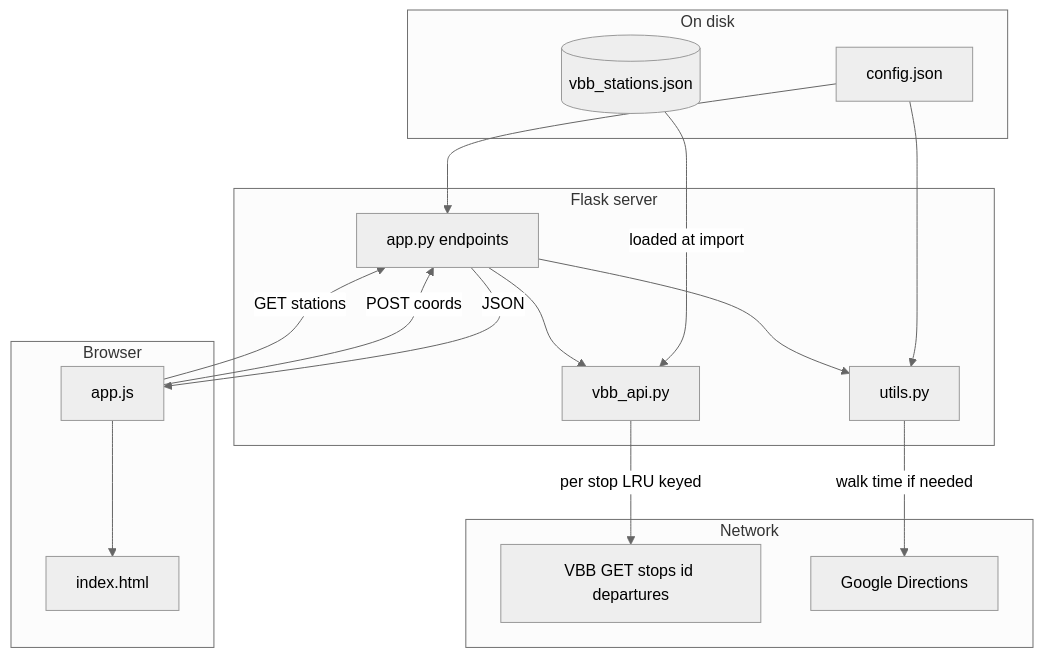
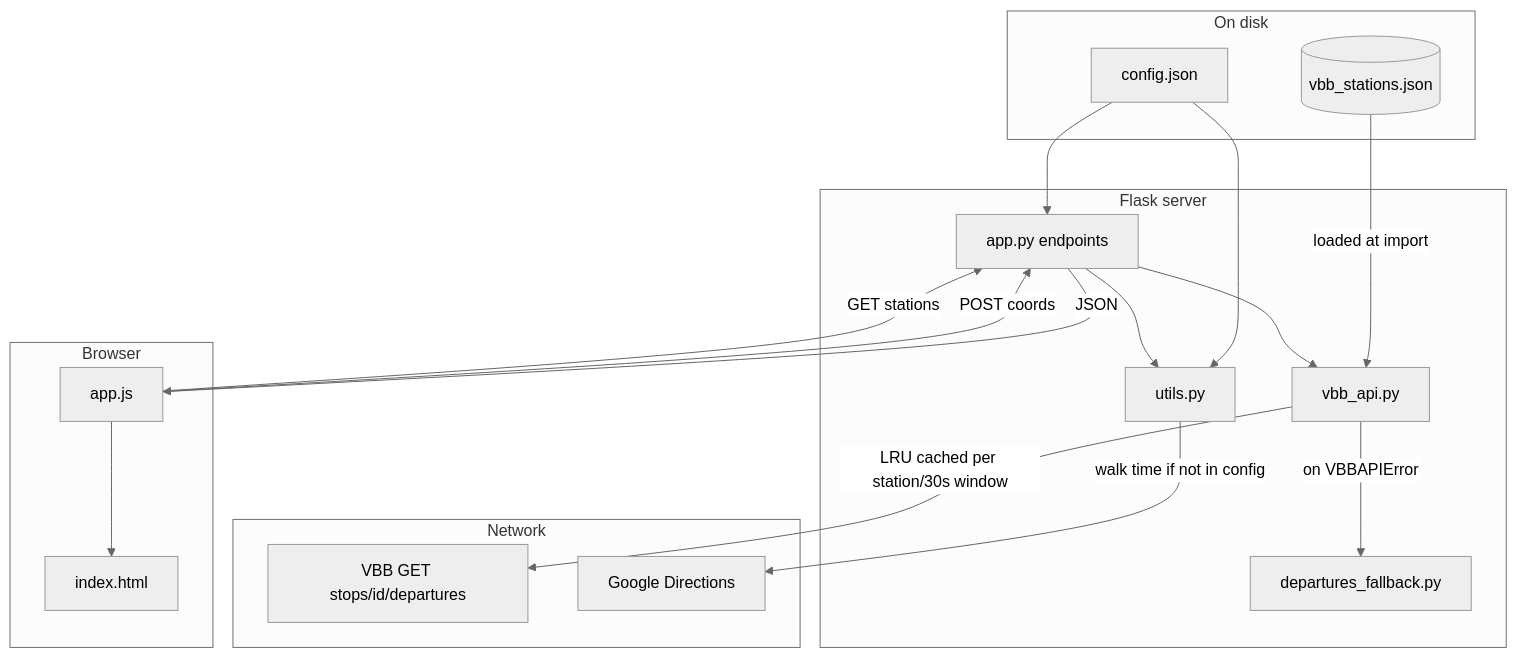
Before and after one commit to momonala/trainspotter: the second of 3 diagrams in README.md, drawn with Mermaid (neutral theme). The commit also changed other lines of this file and 5 other files, not shown here.

````diff
--- a/README.md
+++ b/README.md
@@ -38,35 +72,37 @@
 ```mermaid
 flowchart TB
   subgraph disk [On disk]
     Config[config.json]
     Snapshot[(vbb_stations.json)]
   end
 
   subgraph server [Flask server]
     Api[app.py endpoints]
     VbbMod[vbb_api.py]
     Utils[utils.py]
+    Fallback[departures_fallback.py]
   end
 
   subgraph external [Network]
-    VBBdep[VBB GET stops id departures]
+    VBBdep[VBB GET stops/id/departures]
     GMaps[Google Directions]
   end
 
   subgraph client [Browser]
     Js[app.js]
     Page[index.html]
   end
 
   Config --> Api
   Config --> Utils
   Snapshot -->|loaded at import| VbbMod
   Js -->|POST coords| Api
   Js -->|GET stations| Api
   Api --> VbbMod
   Api --> Utils
-  VbbMod -->|per stop LRU keyed| VBBdep
-  Utils -->|walk time if needed| GMaps
+  VbbMod -->|LRU cached per station/30s window| VBBdep
+  VbbMod -->|on VBBAPIError| Fallback
+  Utils -->|walk time if not in config| GMaps
   Api -->|JSON| Js
   Js --> Page
 ```
````
